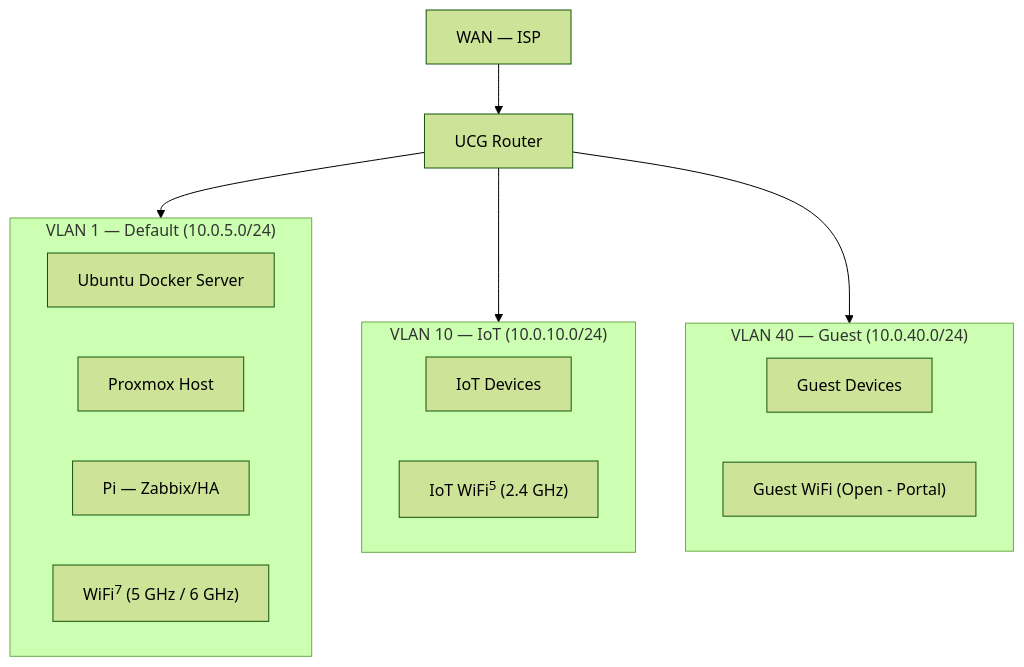
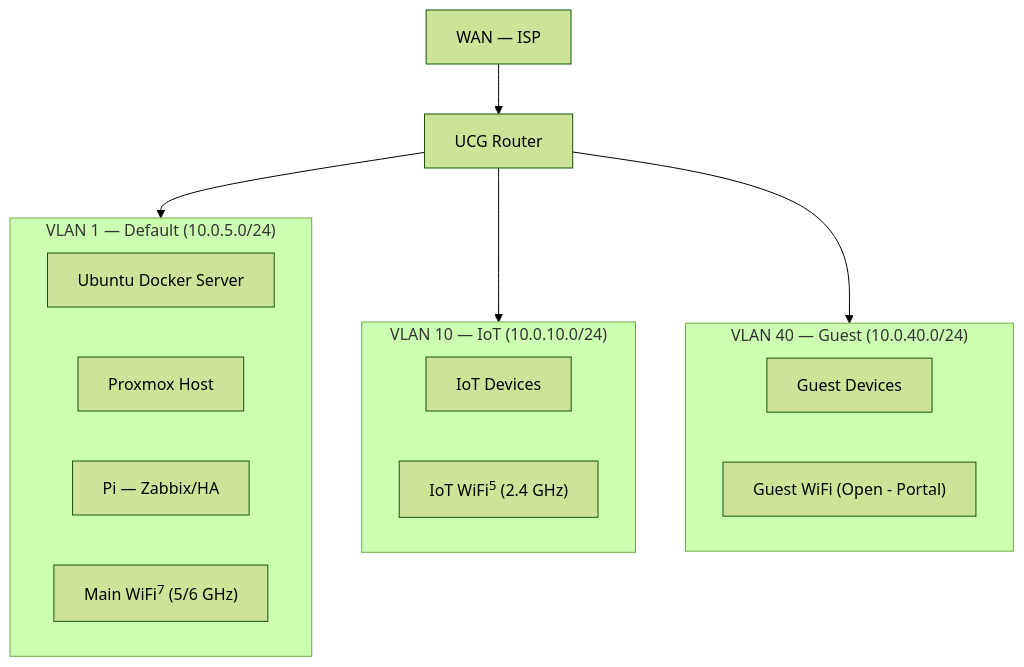
One commit to jcmarinn/home-lab changed the second of 4 diagrams in README.md. Above: the diagram before and after it, drawn with Mermaid (forest theme). The commit also changed other lines of this file and 3 other files, not shown here.

````diff
--- a/README.md
+++ b/README.md
@@ -155,28 +155,28 @@
 ```mermaid
 graph TB
     WAN[WAN — ISP]
     UCG[UCG Router]
 
     WAN --> UCG
 
     subgraph V1["VLAN 1 — Default (10.0.5.0/24)"]
         DOCKER[Ubuntu Docker Server]
         PROXMOX[Proxmox Host]
         PI_Z[Pi — Zabbix/HA]
-        WIFI_M5["WiFi<sup>7</sup> (5 GHz / 6 GHz)"]
+        WIFI_Main["Main WiFi<sup>7</sup> (5/6 GHz)"]
     end
 
     subgraph V10["VLAN 10 — IoT (10.0.10.0/24)"]
         IOT_DEV[IoT Devices]
         WIFI_IOT["IoT WiFi<sup>5</sup> (2.4 GHz)"]
     end
 
     subgraph V40["VLAN 40 — Guest (10.0.40.0/24)"]
         GUEST_DEV[Guest Devices]
         WIFI_GUEST["Guest WiFi (Open - Portal)"]
     end
 
     UCG --> V1
     UCG --> V10
     UCG --> V40
 ```
````
